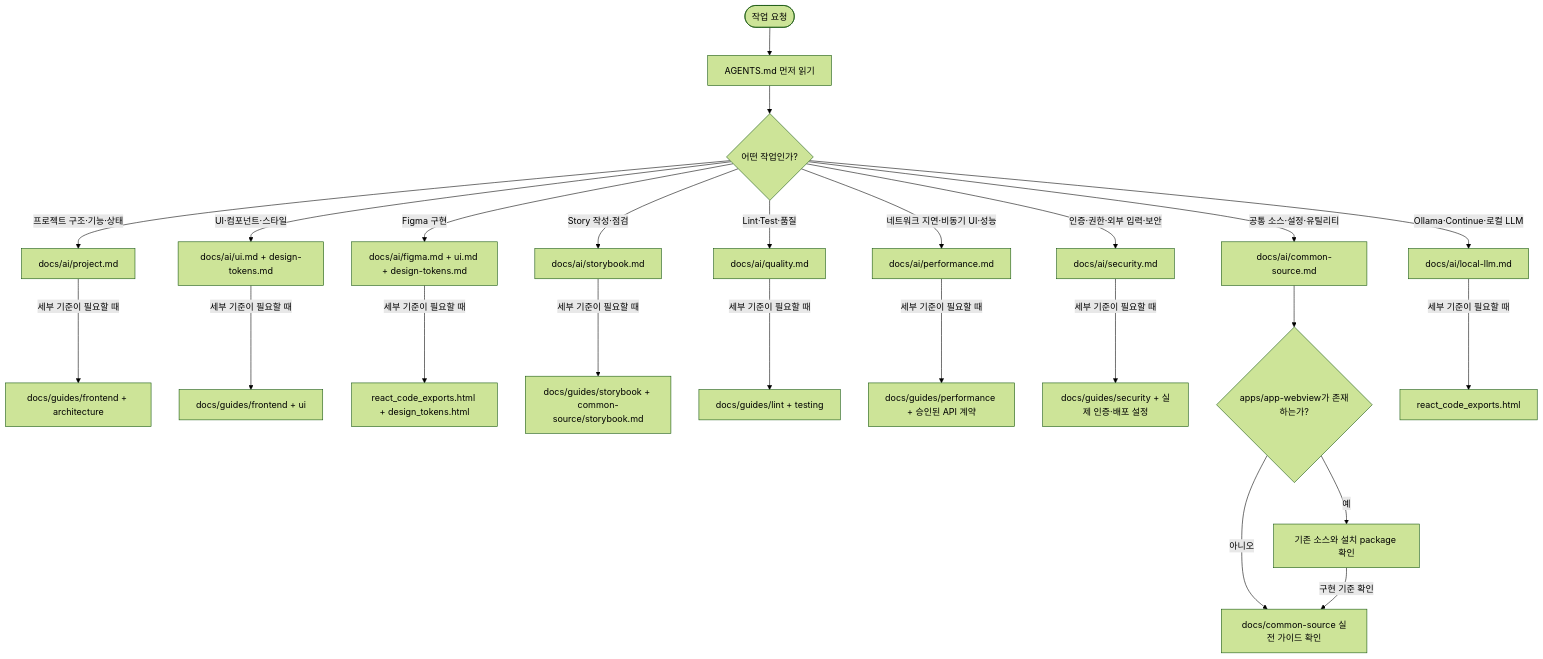
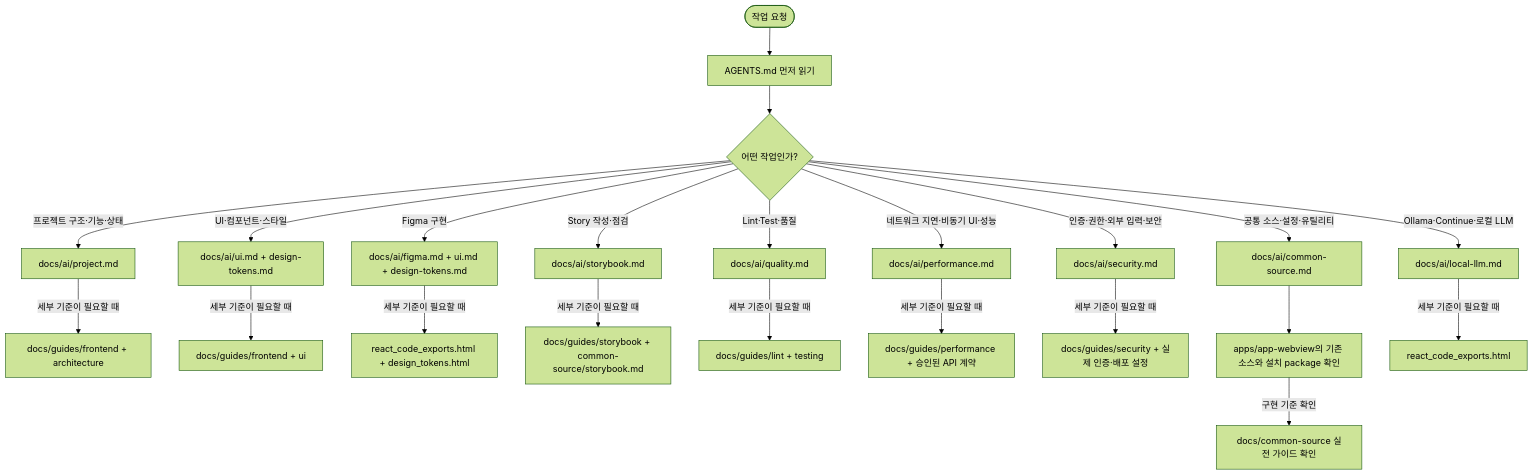
Before and after one commit to minsukong/lounge-docs: the third of 3 diagrams in AGENTS.md, drawn with Mermaid (forest theme). The commit also changed other lines of this file and 31 other files, not shown here.

```diff
--- a/AGENTS.md
+++ b/AGENTS.md
@@ -236,28 +237,26 @@
   <div class="mermaid">
 flowchart TD
   accTitle: AI의 Front-end 가이드 확인 흐름
   accDescr: AI는 작업 요청을 받으면 AGENTS.md를 먼저 읽고 작업 종류에 맞는 docs/ai 요약 문서를 선택한 뒤, 세부 기준이 필요할 때만 연결된 상세 가이드를 확인합니다.
   A([작업 요청]) --> B["AGENTS.md 먼저 읽기"]
   B --> C{"어떤 작업인가?"}
   C -->|"프로젝트 구조·기능·상태"| P["docs/ai/project.md"]
   C -->|"UI·컴포넌트·스타일"| U["docs/ai/ui.md + design-tokens.md"]
   C -->|"Figma 구현"| F["docs/ai/figma.md + ui.md + design-tokens.md"]
   C -->|"Story 작성·점검"| SB["docs/ai/storybook.md"]
   C -->|"Lint·Test·품질"| Q["docs/ai/quality.md"]
   C -->|"네트워크 지연·비동기 UI·성능"| N["docs/ai/performance.md"]
   C -->|"인증·권한·외부 입력·보안"| S["docs/ai/security.md"]
   C -->|"공통 소스·설정·유틸리티"| CS["docs/ai/common-source.md"]
   C -->|"Ollama·Continue·로컬 LLM"| L["docs/ai/local-llm.md"]
   P -->|"세부 기준이 필요할 때"| PH["docs/guides/frontend + architecture"]
   U -->|"세부 기준이 필요할 때"| UH["docs/guides/frontend + ui"]
   F -->|"세부 기준이 필요할 때"| FH["react_code_exports.html + design_tokens.html"]
   SB -->|"세부 기준이 필요할 때"| SBH["docs/guides/storybook + common-source/storybook.md"]
   Q -->|"세부 기준이 필요할 때"| QH["docs/guides/lint + testing"]
   N -->|"세부 기준이 필요할 때"| NH["docs/guides/performance + 승인된 API 계약"]
   S -->|"세부 기준이 필요할 때"| SH["docs/guides/security + 실제 인증·배포 설정"]
-  CS --> CSR{"apps/app-webview가 존재하는가?"}
-  CSR -->|"예"| CSS["기존 소스와 설치 package 확인"]
-  CSR -->|"아니오"| CSH["docs/common-source 실전 가이드 확인"]
-  CSS -->|"구현 기준 확인"| CSH
+  CS --> CSS["apps/app-webview의 기존 소스와 설치 package 확인"]
+  CSS -->|"구현 기준 확인"| CSH["docs/common-source 실전 가이드 확인"]
   L -->|"세부 기준이 필요할 때"| LH["react_code_exports.html"]
   </div>
```
